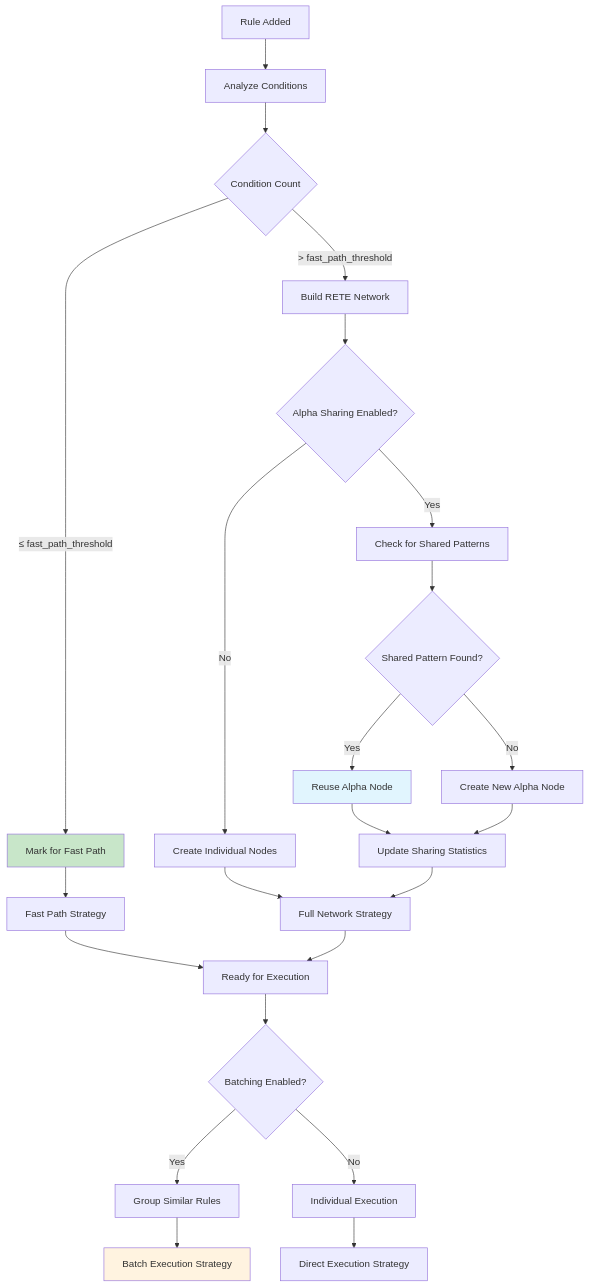
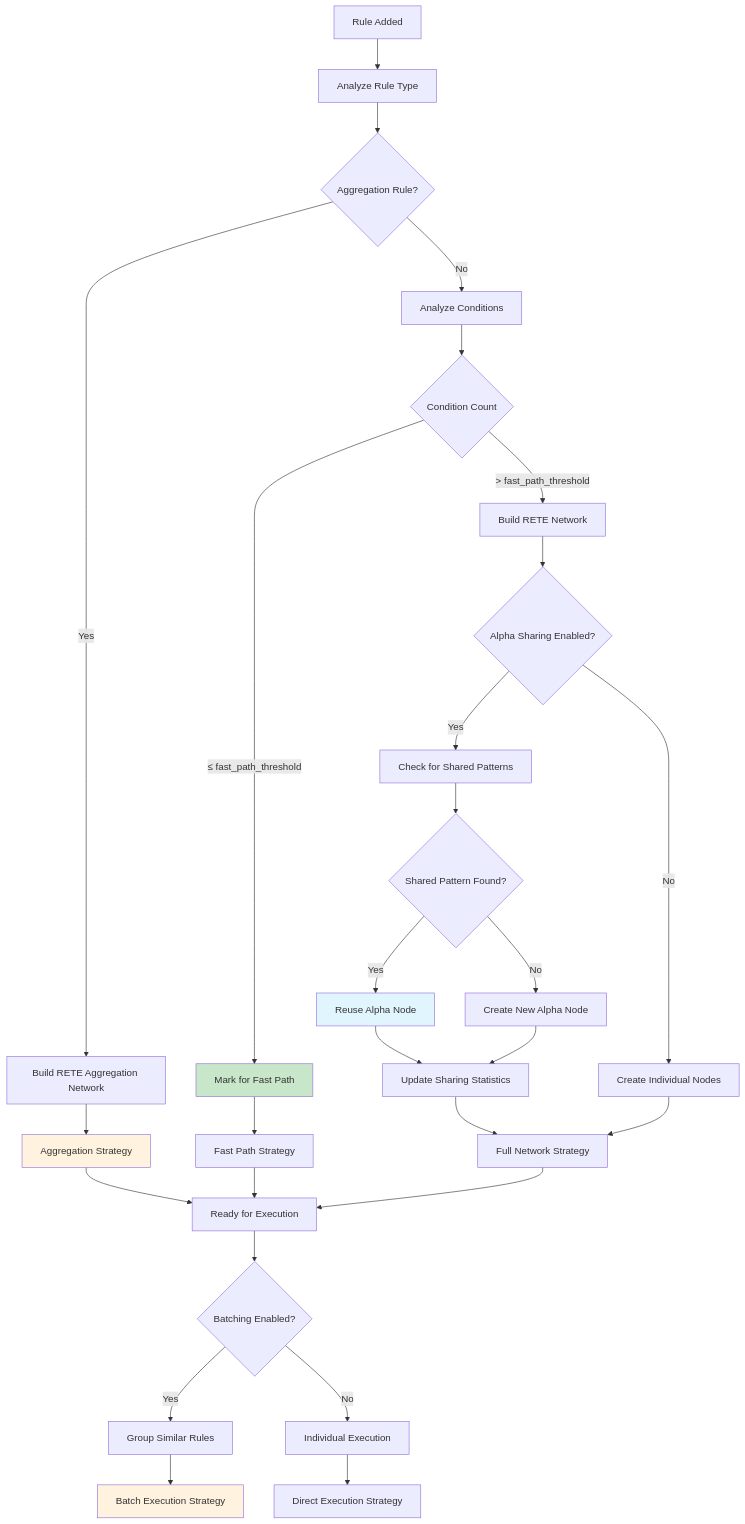
Before and after one commit to hl/presto: the seventh of 10 diagrams in specs/api_design.md, drawn with Mermaid. The commit also changed other lines of this file and 11 other files, not shown here.

````diff
--- a/specs/api_design.md
+++ b/specs/api_design.md
@@ -490,37 +569,44 @@
 ```mermaid
 flowchart TD
-    A[Rule Added] --> B[Analyze Conditions]
-    B --> C{Condition Count}
+    A[Rule Added] --> B[Analyze Rule Type]
+    B --> C{Aggregation Rule?}
     
-    C -->|≤ fast_path_threshold| D[Mark for Fast Path]
-    C -->|> fast_path_threshold| E[Build RETE Network]
+    C -->|Yes| D[Build RETE Aggregation Network]
+    C -->|No| E[Analyze Conditions]
     
-    D --> F[Fast Path Strategy]
-    E --> G{Alpha Sharing Enabled?}
+    E --> F{Condition Count}
+    F -->|≤ fast_path_threshold| G[Mark for Fast Path]
+    F -->|> fast_path_threshold| H[Build RETE Network]
     
-    G -->|Yes| H[Check for Shared Patterns]
-    G -->|No| I[Create Individual Nodes]
+    G --> I[Fast Path Strategy]
+    H --> J{Alpha Sharing Enabled?}
+    D --> K[Aggregation Strategy]
     
-    H --> J{Shared Pattern Found?}
-    J -->|Yes| K[Reuse Alpha Node]
-    J -->|No| L[Create New Alpha Node]
+    J -->|Yes| L[Check for Shared Patterns]
+    J -->|No| M[Create Individual Nodes]
     
-    K --> M[Update Sharing Statistics]
-    L --> M
-    I --> N[Full Network Strategy]
+    L --> N{Shared Pattern Found?}
+    N -->|Yes| O[Reuse Alpha Node]
+    N -->|No| P[Create New Alpha Node]
     
-    M --> N
-    F --> O[Ready for Execution]
-    N --> O
+    O --> Q[Update Sharing Statistics]
+    P --> Q
+    M --> R[Full Network Strategy]
     
-    O --> P{Batching Enabled?}
-    P -->|Yes| Q[Group Similar Rules]
-    P -->|No| R[Individual Execution]
+    Q --> R
+    I --> S[Ready for Execution]
+    K --> S
+    R --> S
     
-    Q --> S[Batch Execution Strategy]
-    R --> T[Direct Execution Strategy]
+    S --> T{Batching Enabled?}
+    T -->|Yes| U[Group Similar Rules]
+    T -->|No| V[Individual Execution]
     
-    style D fill:#c8e6c9
-    style K fill:#e1f5fe
-    style S fill:#fff3e0
+    U --> W[Batch Execution Strategy]
+    V --> X[Direct Execution Strategy]
+    
+    style G fill:#c8e6c9
+    style O fill:#e1f5fe
+    style K fill:#fff3e0
+    style W fill:#fff3e0
 ```
````
